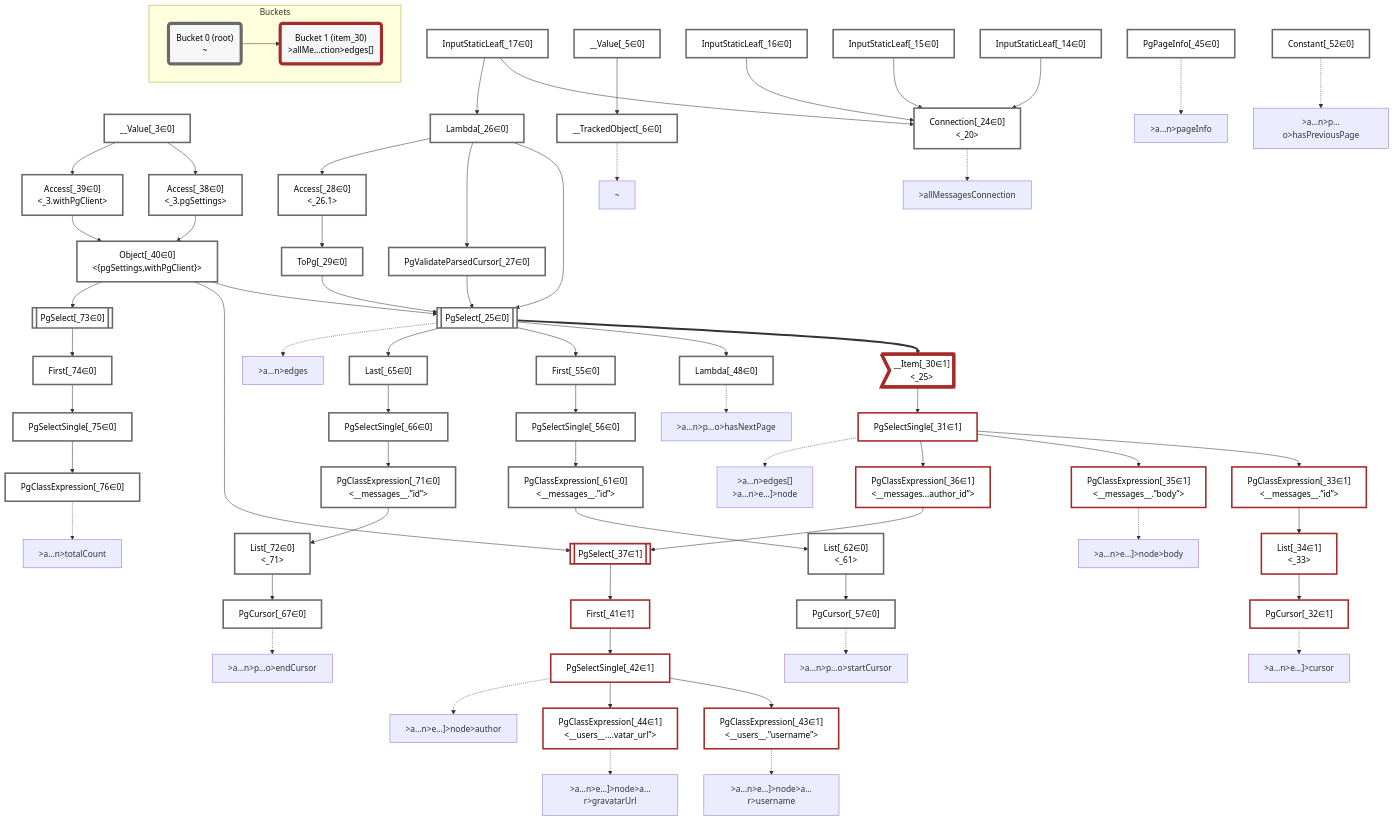
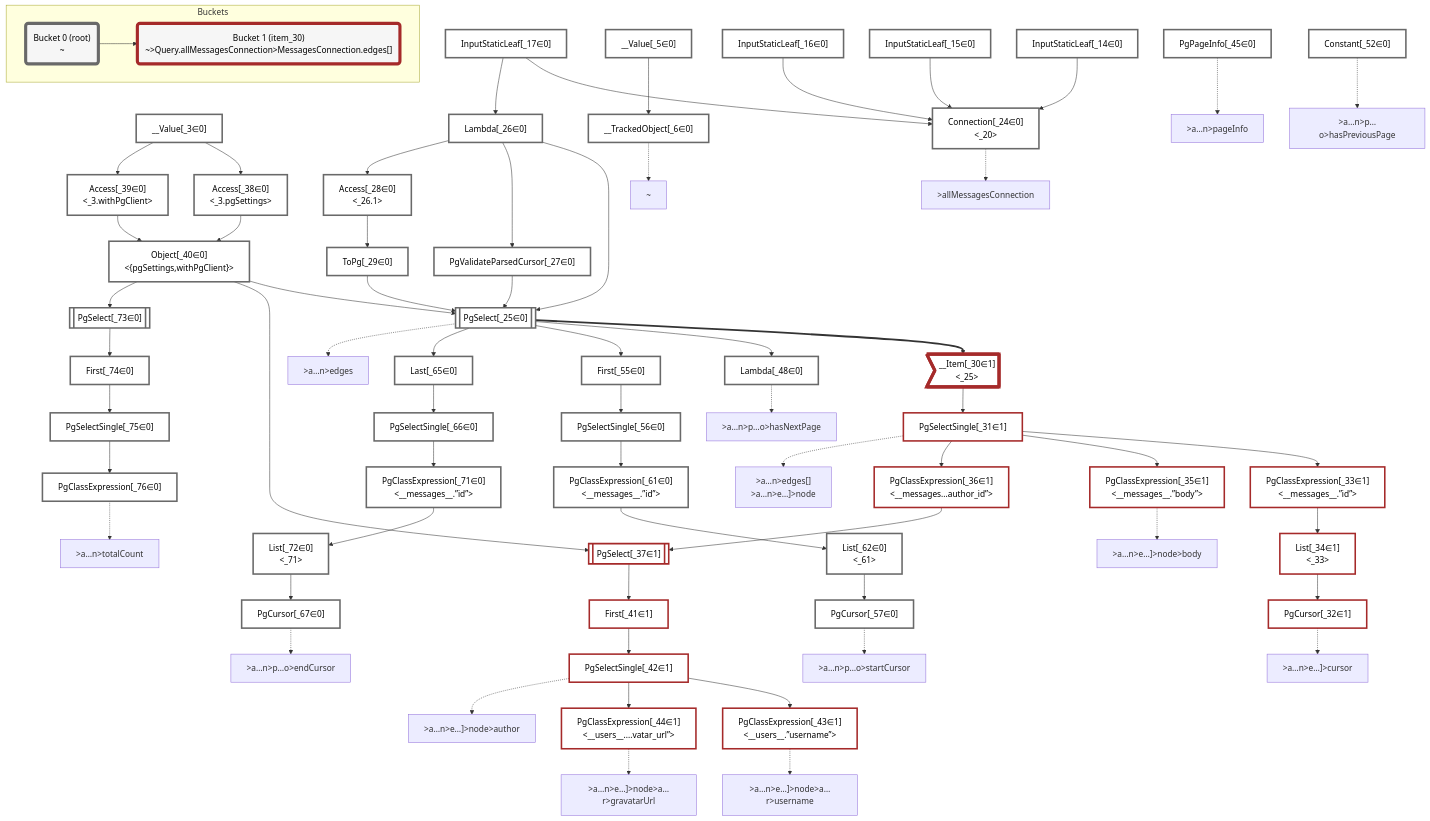
Before and after one commit to graphile/crystal: the diagram in packages/dataplan-pg/__tests__/queries/connections/pagination-before-end.deopt.mermaid.md, drawn with Mermaid. The commit also changed 141 other files, not shown here.

```diff
--- a/packages/dataplan-pg/__tests__/queries/connections/pagination-before-end.deopt.mermaid.md
+++ b/packages/dataplan-pg/__tests__/queries/connections/pagination-before-end.deopt.mermaid.md
@@ -142,7 +142,7 @@
     subgraph Buckets
     Bucket0("Bucket 0 (root)<br />~"):::bucket
     style Bucket0 stroke:#696969
-    Bucket1("Bucket 1 (item_30)<br />>allMe…ction>edges[]"):::bucket
+    Bucket1("Bucket 1 (item_30)<br />~>Query.allMessagesConnection>MessagesConnection.edges[]"):::bucket
     style Bucket1 stroke:#a52a2a
     Bucket0 --> Bucket1
     end
```
